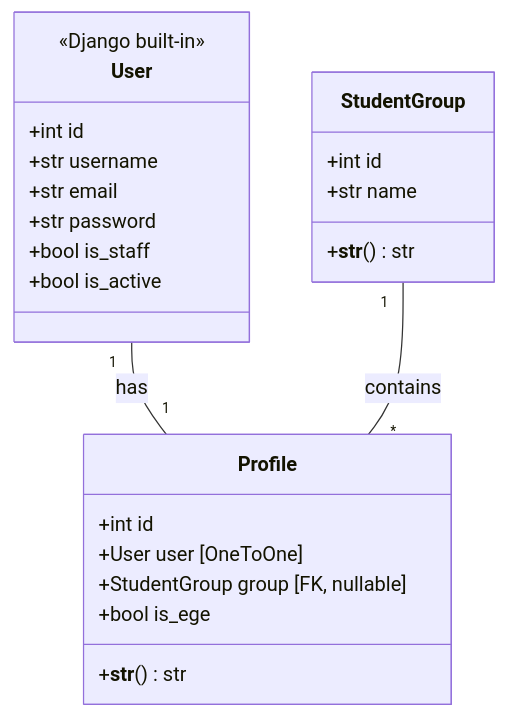
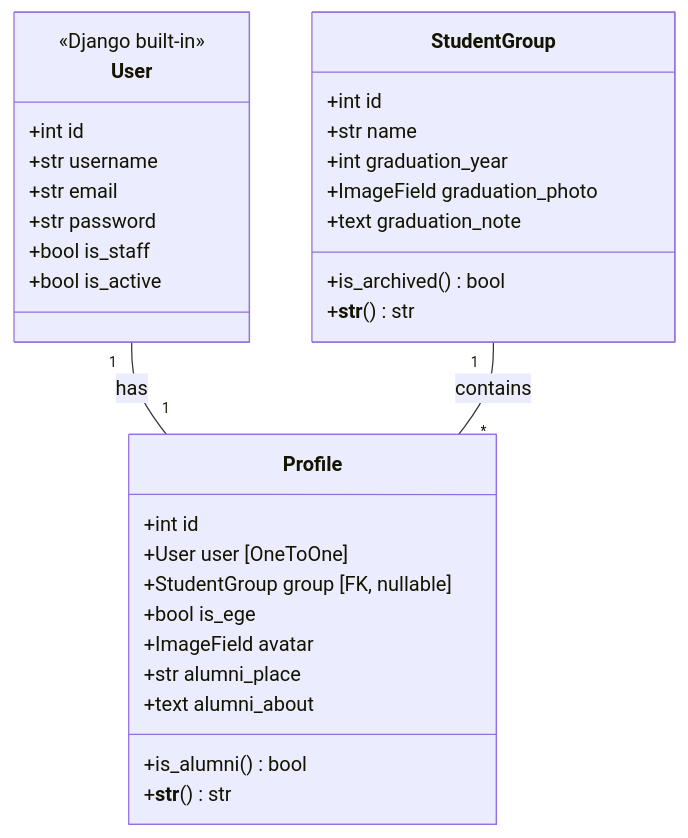
Before and after one commit to Kirill2517nv/SiteAboutMe: the first of 7 diagrams in docs/database/models.md, drawn with Mermaid. The commit also changed other lines of this file and 40 other files, not shown here.

````diff
--- a/docs/database/models.md
+++ b/docs/database/models.md
@@ -9,29 +10,37 @@
 ```mermaid
 classDiagram
     class User {
         <<Django built-in>>
         +int id
         +str username
         +str email
         +str password
         +bool is_staff
         +bool is_active
     }
 
     class Profile {
         +int id
         +User user [OneToOne]
         +StudentGroup group [FK, nullable]
         +bool is_ege
+        +ImageField avatar
+        +str alumni_place
+        +text alumni_about
+        +is_alumni() bool
         +__str__() str
     }
 
     class StudentGroup {
         +int id
         +str name
+        +int graduation_year
+        +ImageField graduation_photo
+        +text graduation_note
+        +is_archived() bool
         +__str__() str
     }
 
     User "1" -- "1" Profile : has
     StudentGroup "1" -- "*" Profile : contains
 ```
````
